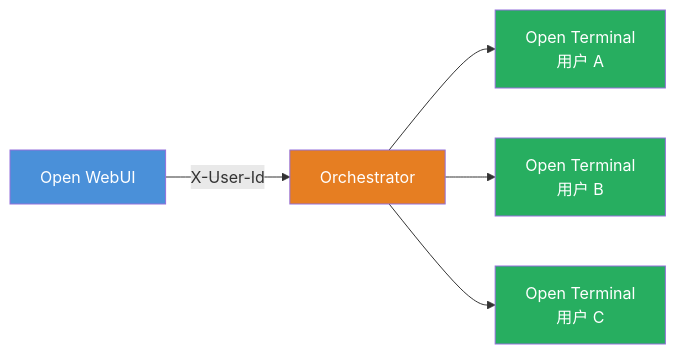
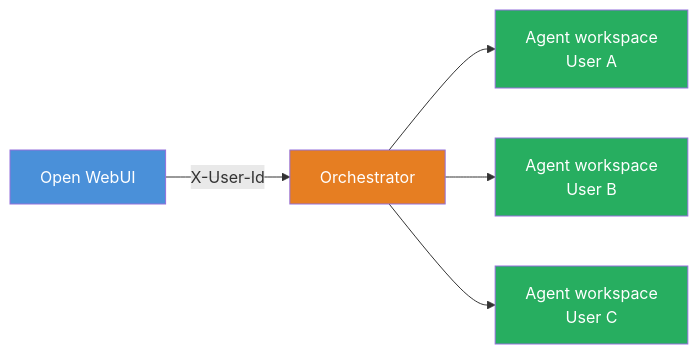
Before and after one commit to SMYQH/openwebuidocs: the diagram in zh-cn/docs/features/open-terminal/terminals/index.mdx, drawn with Mermaid. The commit also changed other lines of this file and 116 other files, not shown here.

````diff
--- a/zh-cn/docs/features/open-terminal/terminals/index.mdx
+++ b/zh-cn/docs/features/open-terminal/terminals/index.mdx
@@ -24,15 +26,15 @@
 ```mermaid
 flowchart LR
     OW["Open WebUI"]
     OR["Orchestrator"]
     OW -->|X-User-Id| OR
-    OR --> TA["Open Terminal<br/>用户 A"]
-    OR --> TB["Open Terminal<br/>用户 B"]
-    OR --> TC["Open Terminal<br/>用户 C"]
+    OR --> TA["Agent workspace<br/>User A"]
+    OR --> TB["Agent workspace<br/>User B"]
+    OR --> TC["Agent workspace<br/>User C"]
 
     style OW fill:#4a90d9,color:#fff
     style OR fill:#e67e22,color:#fff
     style TA fill:#27ae60,color:#fff
     style TB fill:#27ae60,color:#fff
     style TC fill:#27ae60,color:#fff
 ```
````
